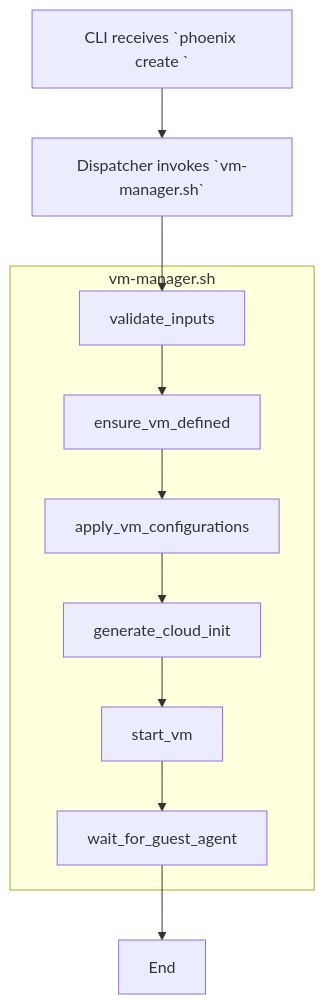
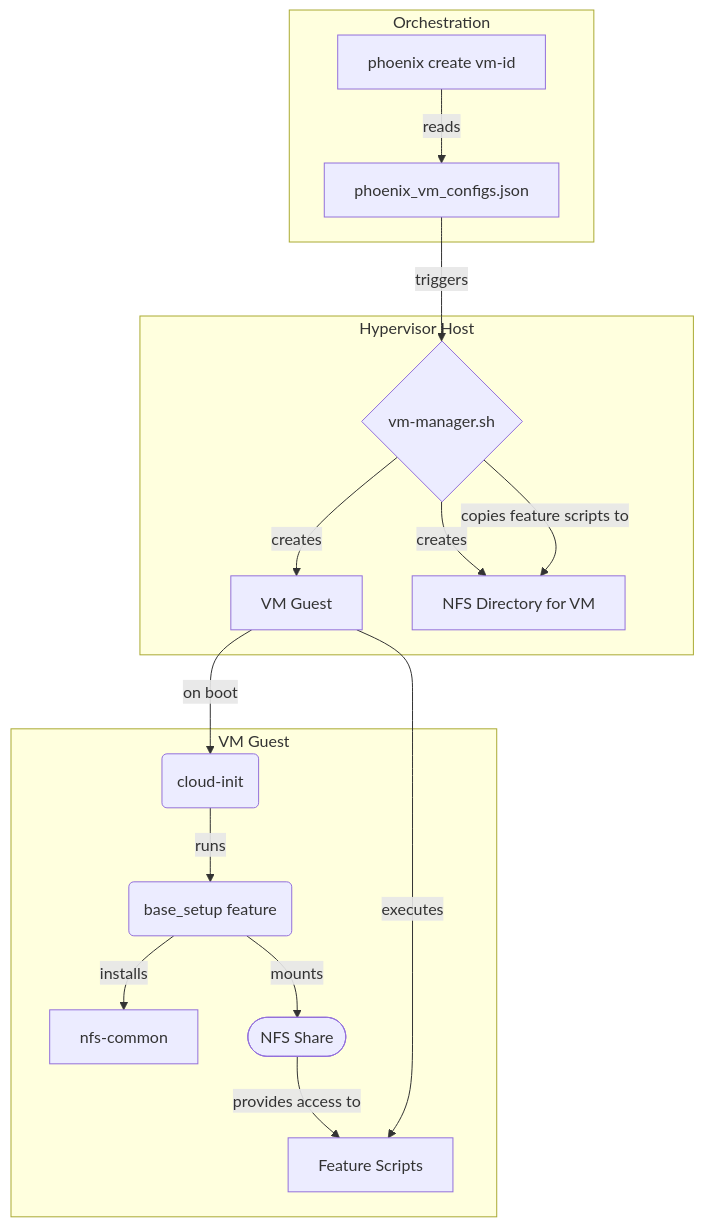
One commit to SirHeads/Testing-ideas changed the third of 5 diagrams in Thinkheads.AI_docs/02_technical_strategy_and_architecture/26_phoenix_hypervisor_unified_architecture_guide.md. Above: the diagram before and after it, drawn with Mermaid. The commit also changed other lines of this file and 13 other files, not shown here.

````diff
--- a/Thinkheads.AI_docs/02_technical_strategy_and_architecture/26_phoenix_hypervisor_unified_architecture_guide.md
+++ b/Thinkheads.AI_docs/02_technical_strategy_and_architecture/26_phoenix_hypervisor_unified_architecture_guide.md
@@ -163,14 +163,22 @@
 ```mermaid
 graph TD
-    A[CLI receives `phoenix create <ID>`] --> B[Dispatcher invokes `vm-manager.sh`];
-    subgraph "vm-manager.sh"
-        C[validate_inputs];
-        D[ensure_vm_defined];
-        E[apply_vm_configurations];
-        F[generate_cloud_init];
-        G[start_vm];
-        H[wait_for_guest_agent];
+    subgraph "Orchestration"
+        A[phoenix create vm-id] -- reads --> B[phoenix_vm_configs.json];
     end
-    B --> C --> D --> E --> F --> G --> H;
-    H --> I[End];
+
+    subgraph "Hypervisor Host"
+        B -- triggers --> C{vm-manager.sh};
+        C -- creates --> D[VM Guest];
+        C -- creates --> E[NFS Directory for VM];
+        C -- copies feature scripts to --> E;
+    end
+
+    subgraph "VM Guest"
+        D -- on boot --> G(cloud-init);
+        G -- runs --> H(base_setup feature);
+        H -- installs --> I[nfs-common];
+        H -- mounts --> J([NFS Share]);
+        J -- provides access to --> F[Feature Scripts];
+        D -- executes --> F;
+    end
 ```
````
